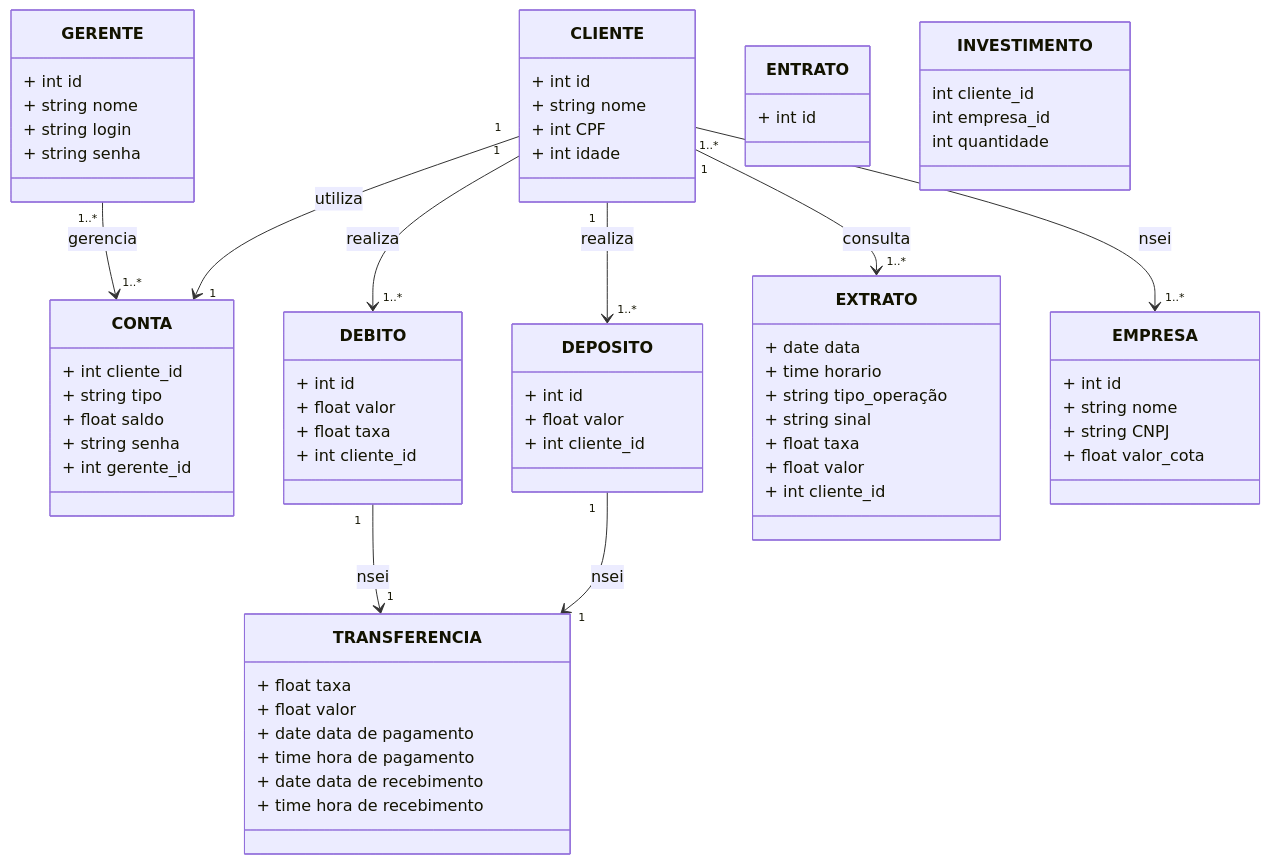
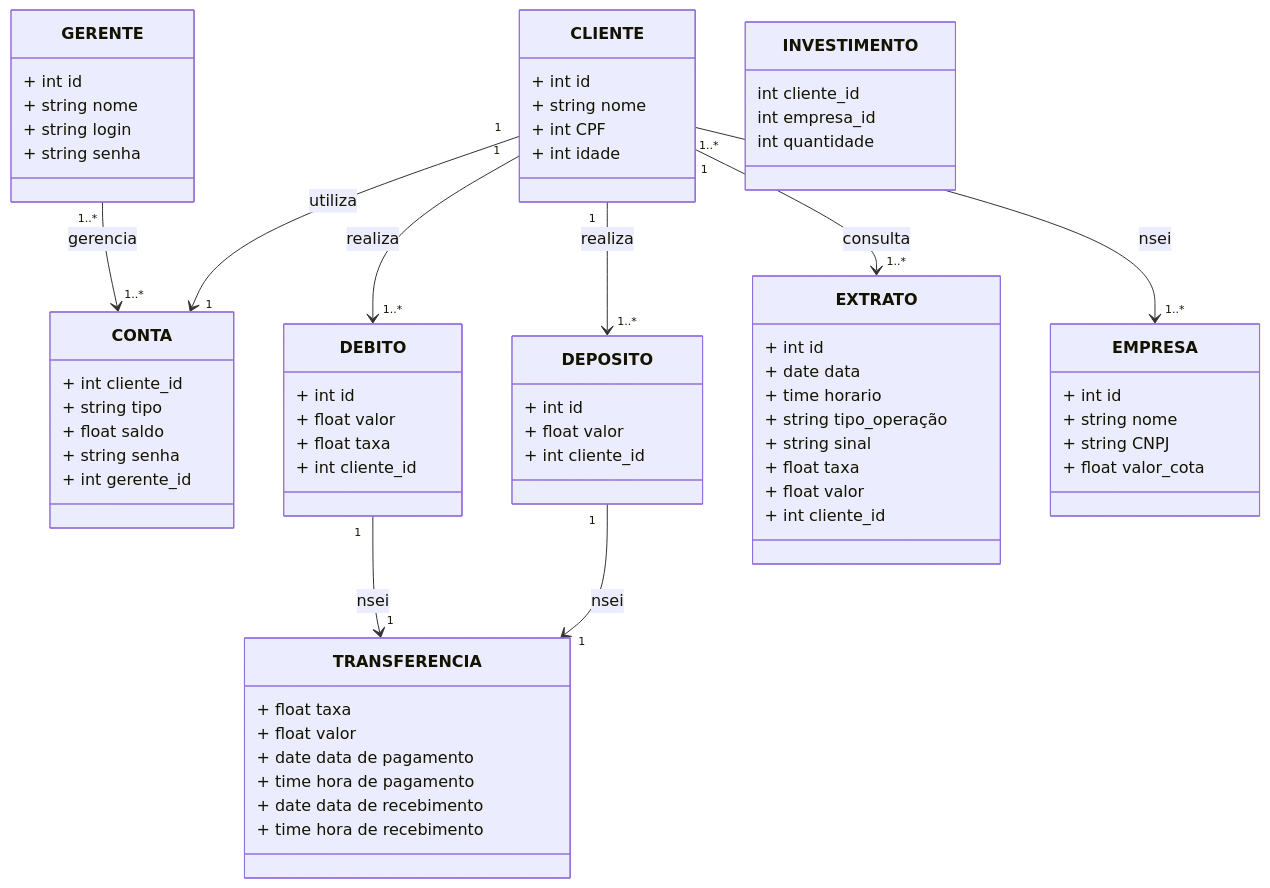
The second of 2 diagrams in README.md (iagorosa28/banco_quempoupatem_banco_de_dados), drawn with Mermaid before and after one commit.

````diff
--- a/README.md
+++ b/README.md
@@ -80,80 +80,80 @@
 ```mermaid
 classDiagram
     class CLIENTE
     CLIENTE : + int id
     CLIENTE : + string nome
     CLIENTE : + int CPF
     CLIENTE : + int idade
 
     class GERENTE
     GERENTE : + int id
     GERENTE : + string nome
     GERENTE : + string login
     GERENTE : + string senha
 
     class CONTA
     CONTA : + int cliente_id
     CONTA : + string tipo
     CONTA : + float saldo
     CONTA : + string senha
     CONTA : + int gerente_id
 
     class DEBITO
     DEBITO : + int id
     DEBITO : + float valor
     DEBITO : + float taxa
     DEBITO : + int cliente_id
 
     class DEPOSITO
     DEPOSITO : + int id
     DEPOSITO : + float valor
     DEPOSITO : + int cliente_id
 
     class TRANSFERENCIA
     TRANSFERENCIA : + float taxa
     TRANSFERENCIA : + float valor
     TRANSFERENCIA : + date data de pagamento
     TRANSFERENCIA : + time hora de pagamento
     TRANSFERENCIA : + date data de recebimento
     TRANSFERENCIA : + time hora de recebimento
 
     class EXTRATO
-    ENTRATO : + int id
+    EXTRATO : + int id
     EXTRATO : + date data 
     EXTRATO : + time horario
     EXTRATO : + string tipo_operação
     EXTRATO : + string sinal
     EXTRATO : + float taxa
     EXTRATO : + float valor
     EXTRATO : + int cliente_id
     
     class EMPRESA
     EMPRESA : + int id
     EMPRESA : + string nome
     EMPRESA : + string CNPJ
     EMPRESA : + float valor_cota
 
     class INVESTIMENTO
     INVESTIMENTO : int cliente_id
     INVESTIMENTO : int empresa_id
     INVESTIMENTO : int quantidade
 
     CLIENTE "1" --> "1" CONTA : utiliza
     GERENTE "1..*" --> "1..*" CONTA : gerencia
     CLIENTE "1" --> "1..*" DEBITO : realiza
     CLIENTE "1" --> "1..*" DEPOSITO : realiza
     DEBITO "1" --> "1" TRANSFERENCIA : nsei
     DEPOSITO "1" --> "1" TRANSFERENCIA : nsei
     CLIENTE "1" --> "1..*" EXTRATO : consulta
     CLIENTE "1..*" --> "1..*" EMPRESA : nsei
     
     %%CLIENTE "1" --> "1..*" TRANSFERÊNCIA : faz_ou_recebe
     
     %%CONTA "1" --> "1..*" DÉBITO : atualiza
     %%CONTA "1" --> "1..*" DEPÓSITO : atualiza
     %%CONTA "1" --> "1..*" TRANSFERÊNCIA : atualiza
     %%EXTRATO "1" --> "1..*" DÉBITO : gera_um_registro
     %%EXTRATO "1" --> "1..*" DEPÓSITO : gera_um_registro
     %%EXTRATO "1" --> "1..*" TRANSFERÊNCIA : gera_um_registro
     
 ```
````
